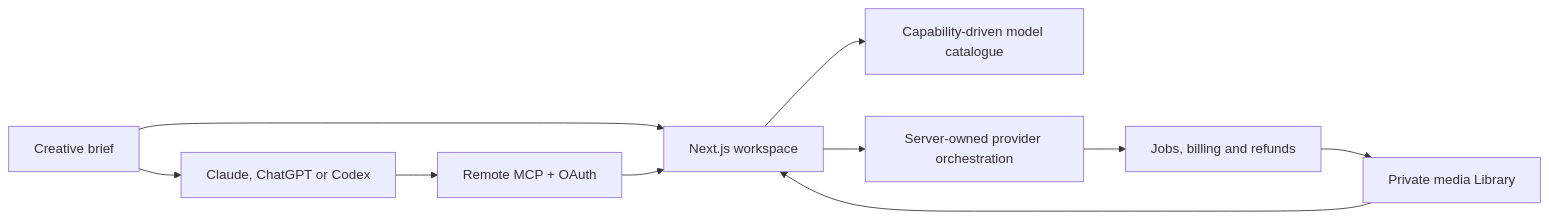
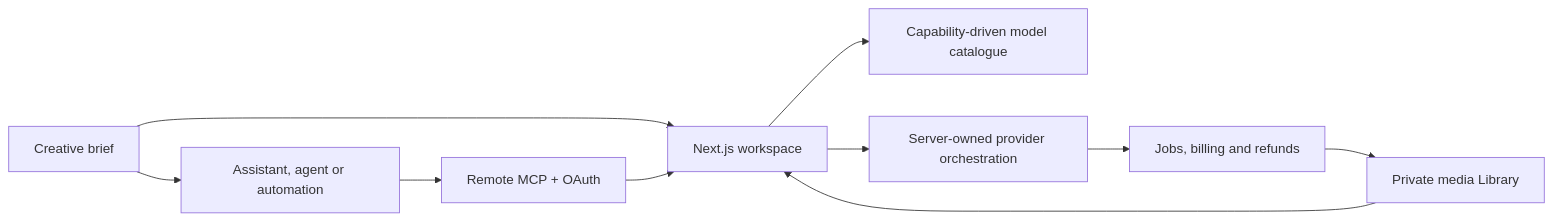
Before and after one commit to camgraphe/MaxVideoAi: the diagram in README.md, drawn with Mermaid. The commit also changed other lines of this file and 46 other files, not shown here.

````diff
--- a/README.md
+++ b/README.md
@@ -87,12 +97,12 @@
 ```mermaid
 flowchart LR
   B[Creative brief] --> W[Next.js workspace]
-  B --> A[Claude, ChatGPT or Codex]
+  B --> A[Assistant, agent or automation]
   A --> M[Remote MCP + OAuth]
   M --> W
   W --> C[Capability-driven model catalogue]
   W --> P[Server-owned provider orchestration]
   P --> J[Jobs, billing and refunds]
   J --> L[Private media Library]
   L --> W
 ```
````
